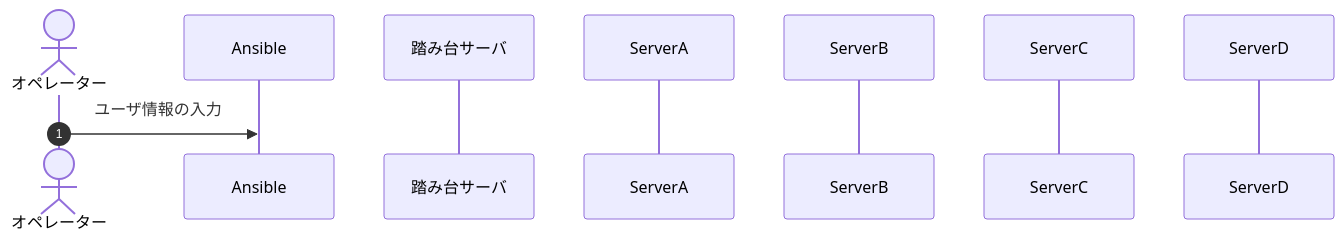
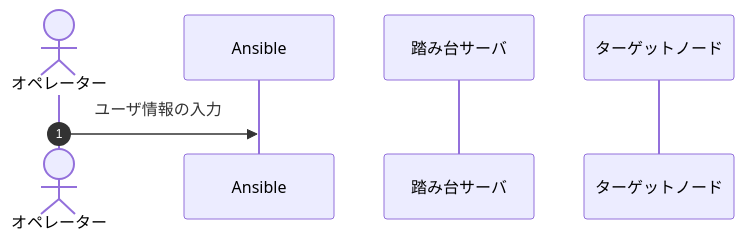
One commit to panda-git-hub/handbook changed the diagram in hoge.md. Above: the diagram before and after it, drawn with Mermaid.

````diff
--- a/hoge.md
+++ b/hoge.md
@@ -6,13 +6,10 @@
 ```mermaid
 sequenceDiagram
   autonumber
   actor A as オペレーター
   participant B as Ansible
   participant C as 踏み台サーバ
-  participant D as ServerA
-  participant E as ServerB
-  participant F as ServerC
-  participant G as ServerD
+  participant D as ターゲットノード
 
   A->>B: ユーザ情報の入力
 ```
````
